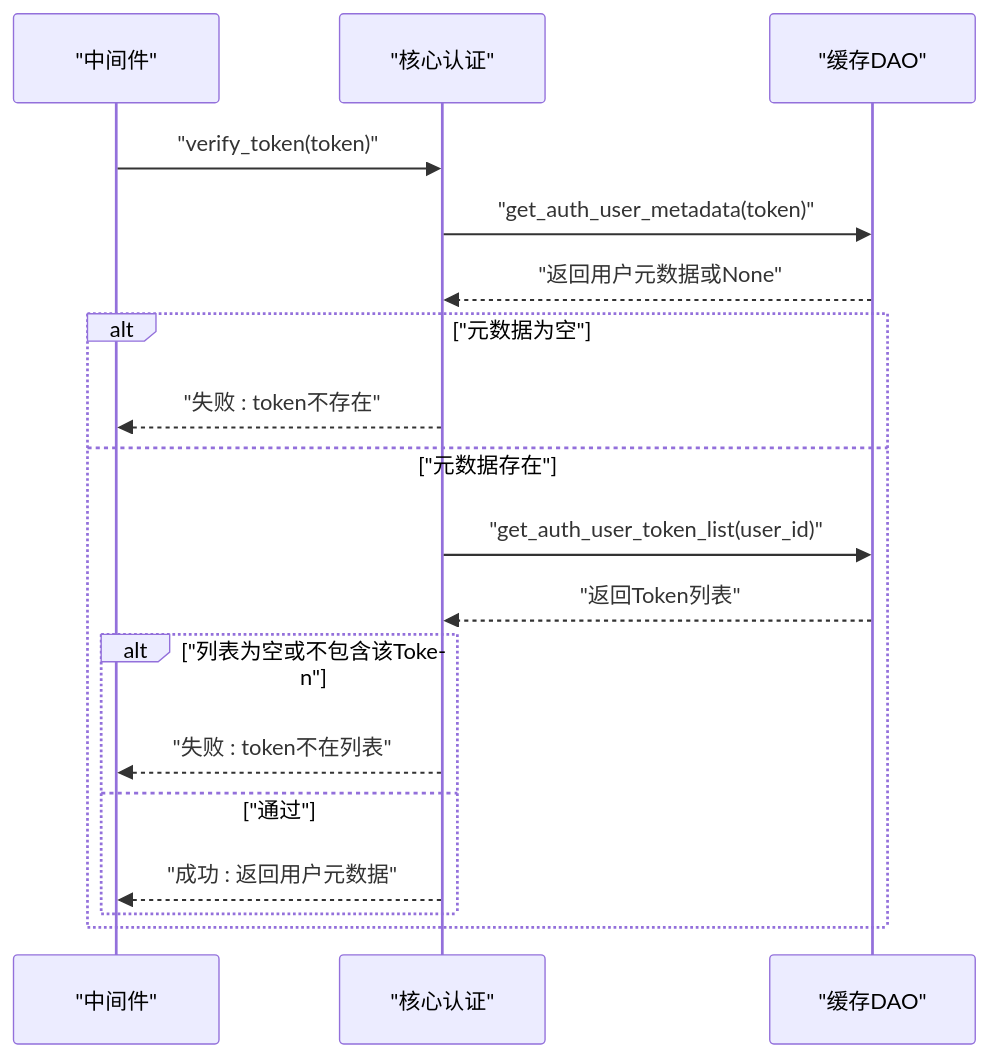
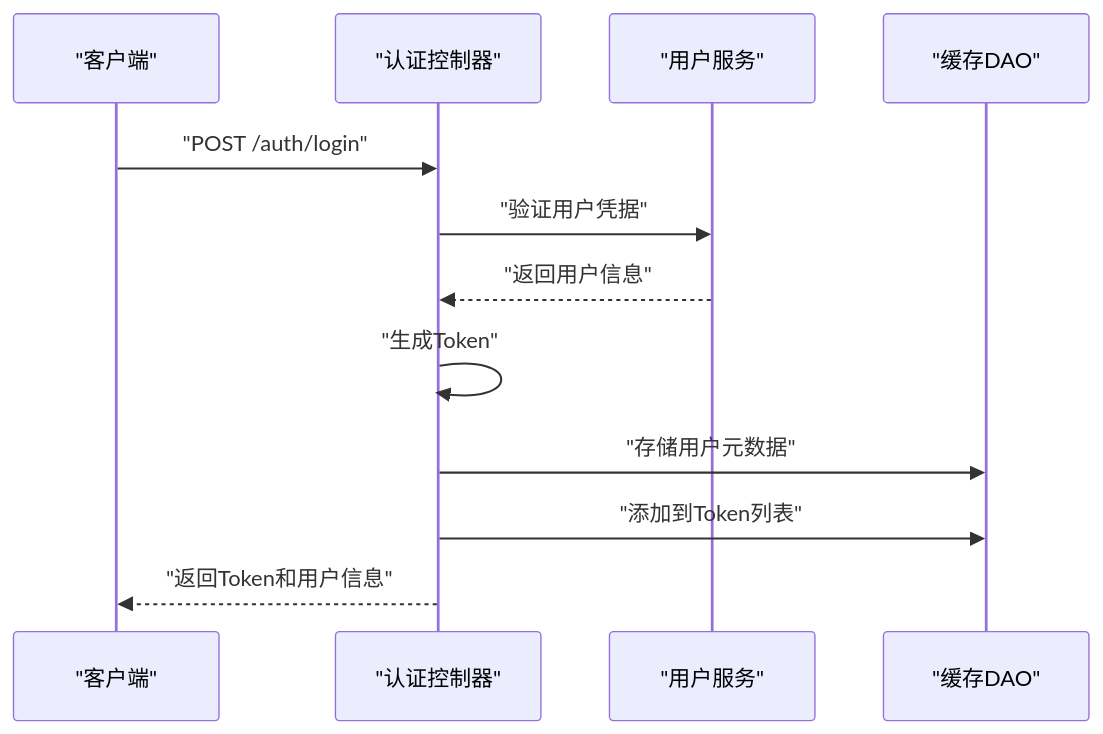
One commit to lilinzezzzzzz/fastapi-backend changed the sixth of 9 diagrams in .qoder/repowiki/zh/content/安全认证机制/安全认证机制.md. Above: the diagram before and after it, drawn with Mermaid. The commit also changed other lines of this file and 42 other files, not shown here.

````diff
--- a/.qoder/repowiki/zh/content/安全认证机制/安全认证机制.md
+++ b/.qoder/repowiki/zh/content/安全认证机制/安全认证机制.md
@@ -260,20 +296,14 @@
 ```mermaid
 sequenceDiagram
-participant MW as "中间件"
-participant Core as "核心认证"
-participant Redis as "缓存DAO"
-MW->>Core : "verify_token(token)"
-Core->>Redis : "get_auth_user_metadata(token)"
-Redis-->>Core : "返回用户元数据或None"
-alt "元数据为空"
-Core-->>MW : "失败 : token不存在"
-else "元数据存在"
-Core->>Redis : "get_auth_user_token_list(user_id)"
-Redis-->>Core : "返回Token列表"
-alt "列表为空或不包含该Token"
-Core-->>MW : "失败 : token不在列表"
-else "通过"
-Core-->>MW : "成功 : 返回用户元数据"
-end
-end
+participant Client as "客户端"
+participant Controller as "认证控制器"
+participant UserService as "用户服务"
+participant CacheDAO as "缓存DAO"
+Client->>Controller : "POST /auth/login"
+Controller->>UserService : "验证用户凭据"
+UserService-->>Controller : "返回用户信息"
+Controller->>Controller : "生成Token"
+Controller->>CacheDAO : "存储用户元数据"
+Controller->>CacheDAO : "添加到Token列表"
+Controller-->>Client : "返回Token和用户信息"
 ```
````
